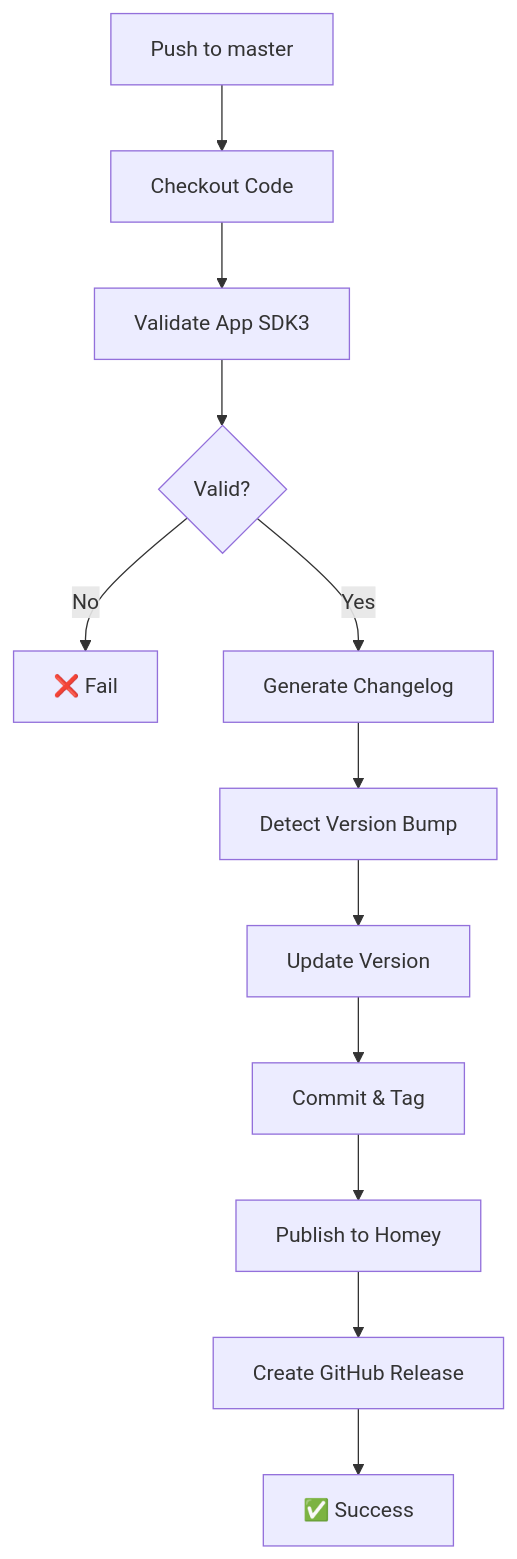
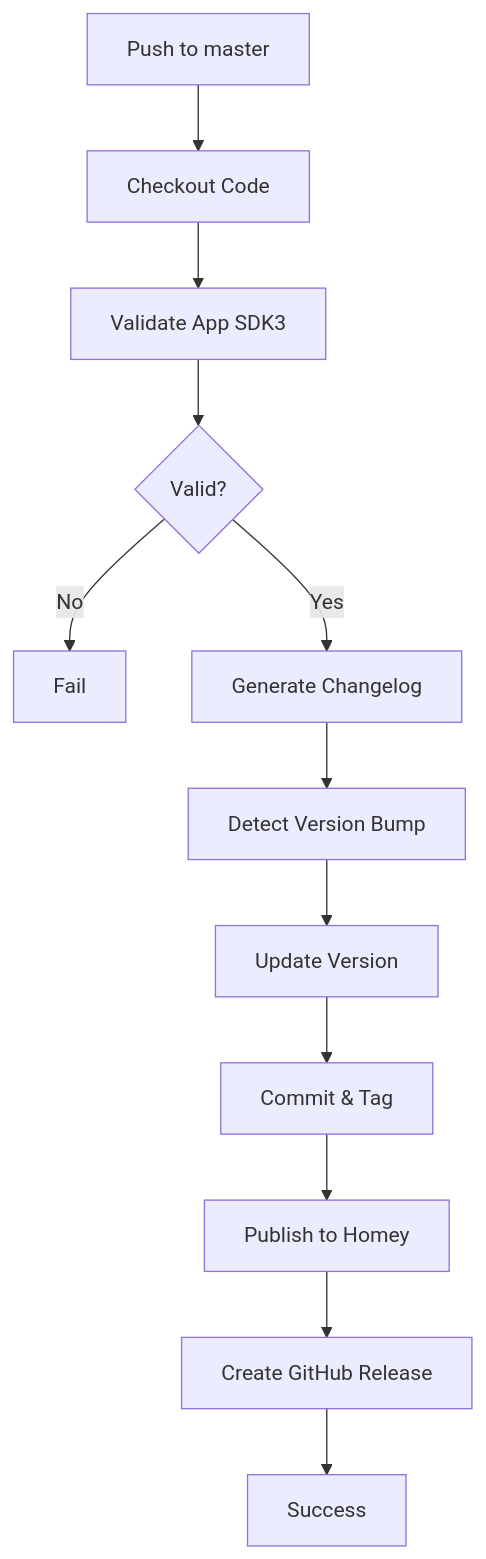
One commit to dlnraja/com.tuya.zigbee changed the diagram in docs/workflows/WORKFLOWS.md. Above: the diagram before and after it, drawn with Mermaid. The commit also changed other lines of this file and 2379 other files, not shown here.

````diff
--- a/docs/workflows/WORKFLOWS.md
+++ b/docs/workflows/WORKFLOWS.md
@@ -64,14 +64,14 @@
 ```mermaid
 graph TD
     A[Push to master] --> B[Checkout Code]
     B --> C[Validate App SDK3]
     C --> D{Valid?}
-    D -->|No| E[❌ Fail]
+    D -->|No| E[ Fail]
     D -->|Yes| F[Generate Changelog]
     F --> G[Detect Version Bump]
     G --> H[Update Version]
     H --> I[Commit & Tag]
     I --> J[Publish to Homey]
     J --> K[Create GitHub Release]
-    K --> L[✅ Success]
+    K --> L[ Success]
 ```
````
